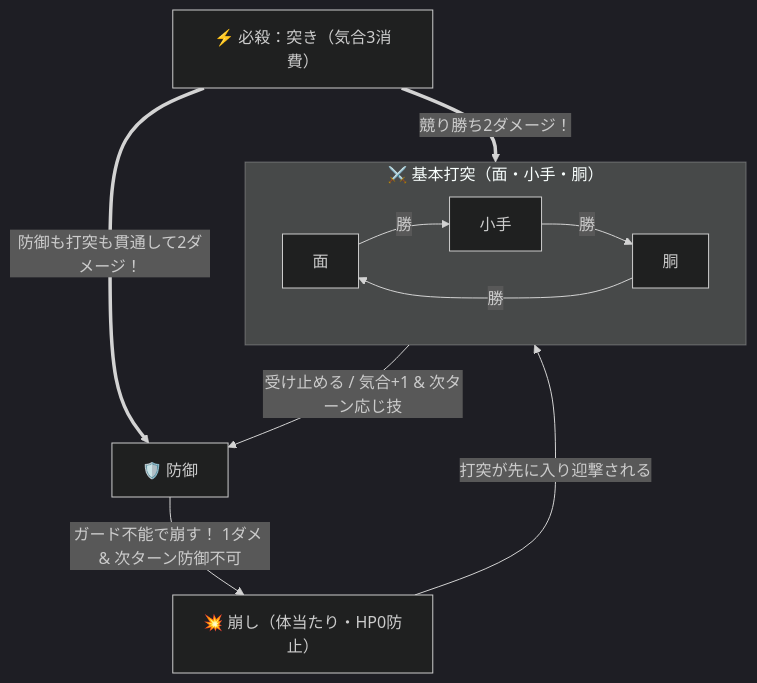
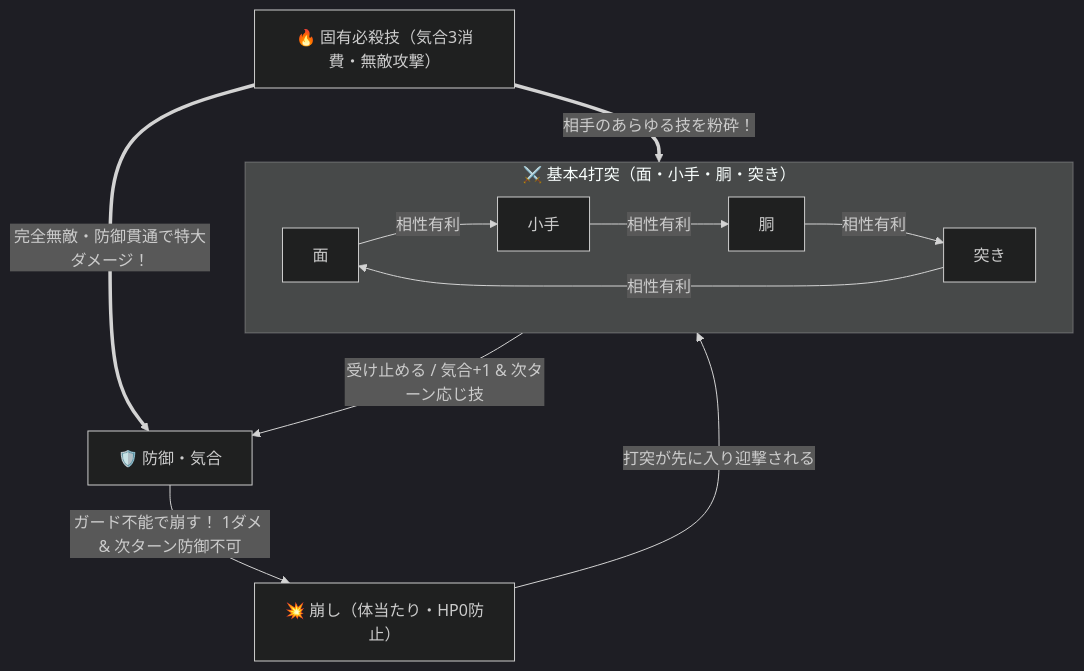
Before and after one commit to rinevo/Kendo: the diagram in README.md, drawn with Mermaid (dark theme). The commit also changed other lines of this file, not shown here.

````diff
--- a/README.md
+++ b/README.md
@@ -44,18 +63,19 @@
 ```mermaid
 flowchart TD
-    subgraph 基本三すくみ["⚔️ 基本打突（面・小手・胴）"]
-        Men["面"] -->|勝| Kote["小手"]
-        Kote -->|勝| Do["胴"]
-        Do -->|勝| Men
+    subgraph 基本4打突["⚔️ 基本4打突（面・小手・胴・突き）"]
+        Men["面"] -->|相性有利| Kote["小手"]
+        Kote -->|相性有利| Do["胴"]
+        Do -->|相性有利| Tsuki["突き"]
+        Tsuki -->|相性有利| Men
     end
 
-    Defend["🛡️ 防御"]
+    Defend["🛡️ 防御・気合"]
     Break["💥 崩し（体当たり・HP0防止）"]
-    Tsuki["⚡ 必殺：突き（気合3消費）"]
+    Special["🔥 固有必殺技（気合3消費・無敵攻撃）"]
 
-    基本三すくみ -->|受け止める / 気合+1 & 次ターン応じ技| Defend
+    基本4打突 -->|受け止める / 気合+1 & 次ターン応じ技| Defend
     Defend -->|ガード不能で崩す！ 1ダメ & 次ターン防御不可| Break
-    Break -->|打突が先に入り迎撃される| 基本三すくみ
-    Tsuki ==>|防御も打突も貫通して2ダメージ！| Defend
-    Tsuki ==>|競り勝ち2ダメージ！| 基本三すくみ
+    Break -->|打突が先に入り迎撃される| 基本4打突
+    Special ==>|完全無敵・防御貫通で特大ダメージ！| Defend
+    Special ==>|相手のあらゆる技を粉砕！| 基本4打突
 ```
````
